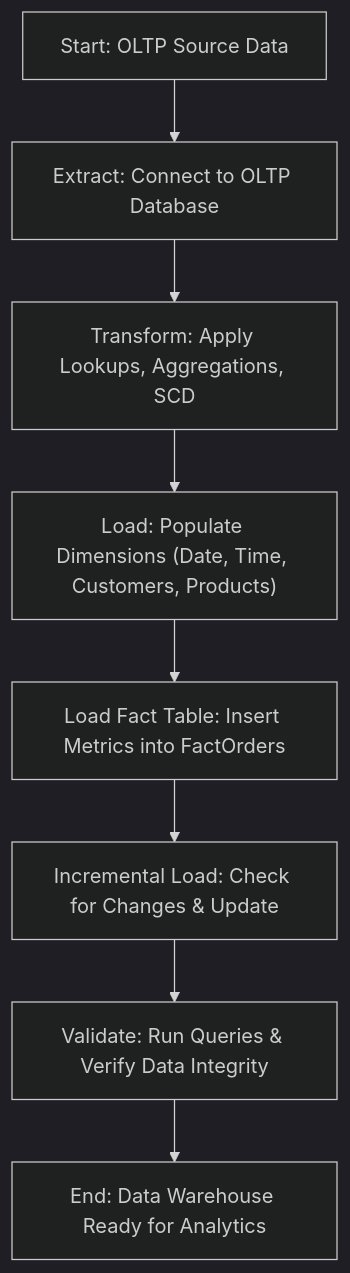
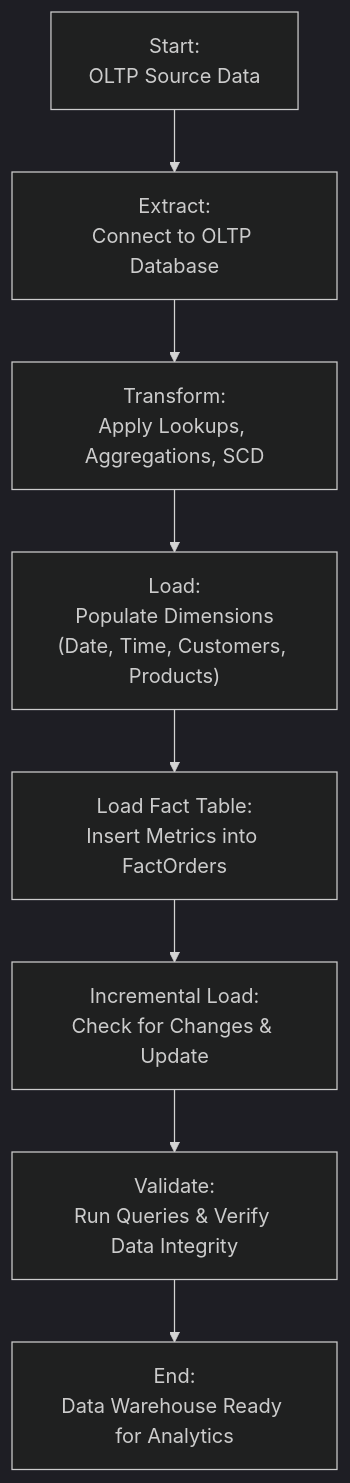
Before and after one commit to honda003/Sales-Data-Warehouse-ETL: the diagram in README.md, drawn with Mermaid (dark theme).

````diff
--- a/README.md
+++ b/README.md
@@ -88,11 +88,12 @@
 ```mermaid
 graph TD;
-    A["Start: OLTP Source Data"] --> B["Extract: Connect to OLTP Database"];
-    B --> C["Transform: Apply Lookups, Aggregations, SCD"];
-    C --> D["Load: Populate Dimensions (Date, Time, Customers, Products)"];
-    D --> E["Load Fact Table: Insert Metrics into FactOrders"];
-    E --> F["Incremental Load: Check for Changes & Update"];
-    F --> G["Validate: Run Queries & Verify Data Integrity"];
-    G --> H["End: Data Warehouse Ready for Analytics"];
+    A["Start:<br/>OLTP Source Data"] --> B["Extract:<br/>Connect to OLTP Database"];
+    B --> C["Transform:<br/>Apply Lookups, Aggregations, SCD"];
+    C --> D["Load:<br/>Populate Dimensions<br/>(Date, Time, Customers, Products)"];
+    D --> E["Load Fact Table:<br/>Insert Metrics into FactOrders"];
+    E --> F["Incremental Load:<br/>Check for Changes & Update"];
+    F --> G["Validate:<br/>Run Queries & Verify Data Integrity"];
+    G --> H["End:<br/>Data Warehouse Ready for Analytics"];
+
 
 ```
````
